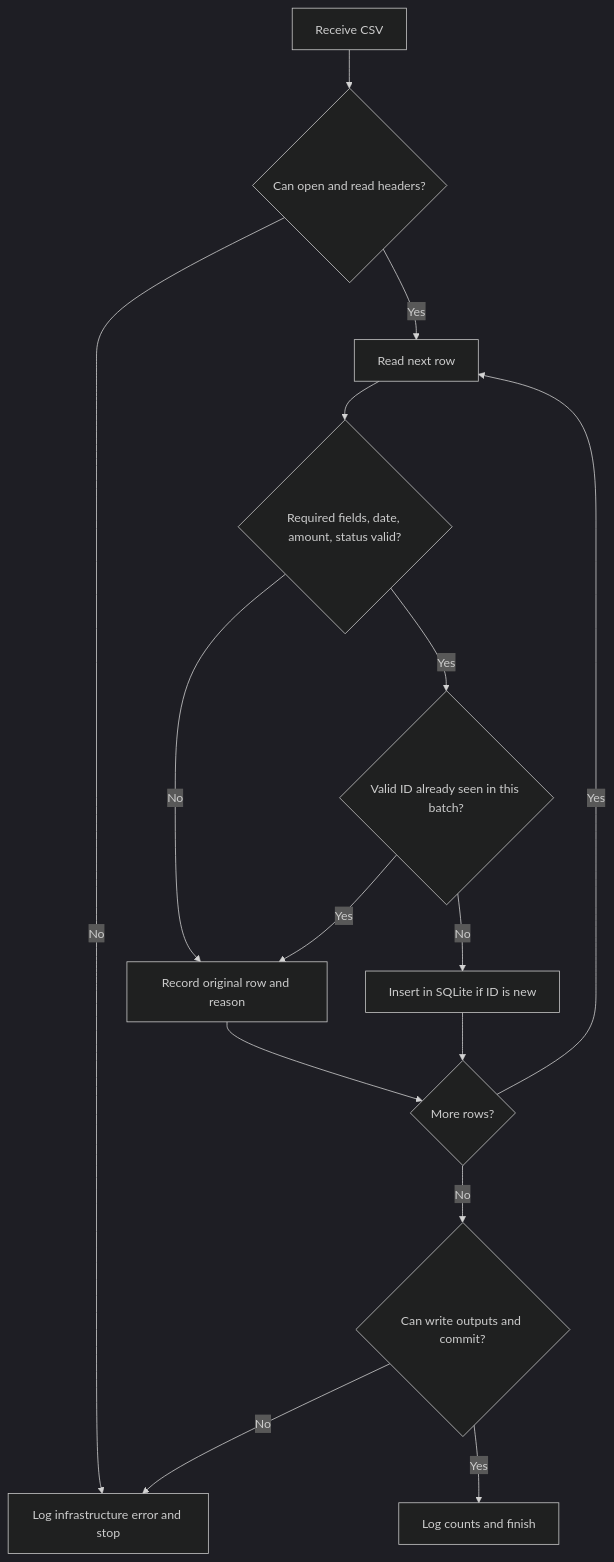
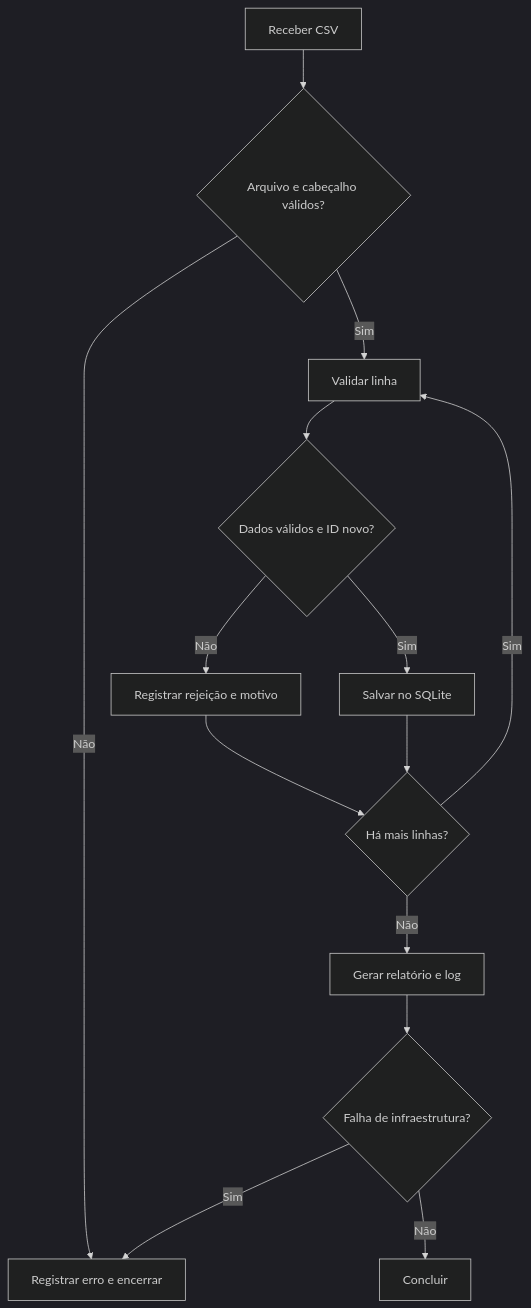
One commit to gabriel-logan/teste_rpa_vintertech changed the diagram in README.md. Above: the diagram before and after it, drawn with Mermaid (dark theme). The commit also changed other lines of this file and 1 other file, not shown here.

````diff
--- a/README.md
+++ b/README.md
@@ -56,17 +48,16 @@
 ```mermaid
 flowchart TD
-    A[Receive CSV] --> B{Can open and read headers?}
-    B -- No --> X[Log infrastructure error and stop]
-    B -- Yes --> C[Read next row]
-    C --> D{Required fields, date, amount, status valid?}
-    D -- No --> E[Record original row and reason]
-    D -- Yes --> F{Valid ID already seen in this batch?}
-    F -- Yes --> E
-    F -- No --> G[Insert in SQLite if ID is new]
-    E --> H{More rows?}
-    G --> H
-    H -- Yes --> C
-    H -- No --> I{Can write outputs and commit?}
-    I -- No --> X
-    I -- Yes --> J[Log counts and finish]
+    A[Receber CSV] --> B{Arquivo e cabeçalho válidos?}
+    B -- Não --> X[Registrar erro e encerrar]
+    B -- Sim --> C[Validar linha]
+    C --> D{Dados válidos e ID novo?}
+    D -- Não --> E[Registrar rejeição e motivo]
+    D -- Sim --> F[Salvar no SQLite]
+    E --> G{Há mais linhas?}
+    F --> G
+    G -- Sim --> C
+    G -- Não --> H[Gerar relatório e log]
+    H --> I{Falha de infraestrutura?}
+    I -- Sim --> X
+    I -- Não --> J[Concluir]
 ```
````
